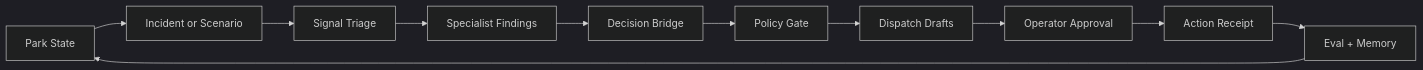
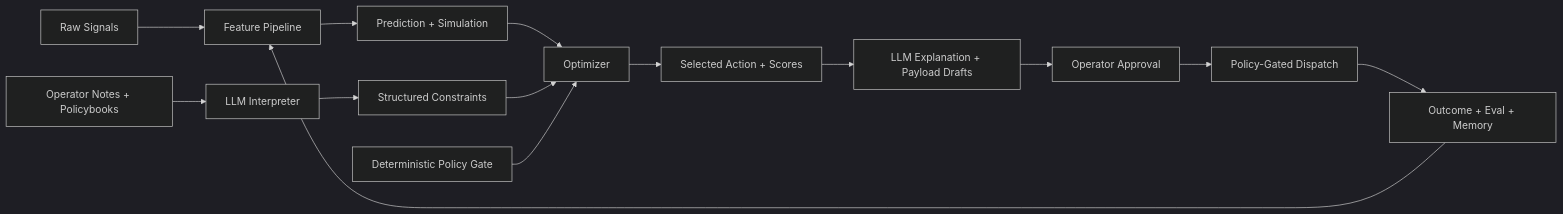
One commit to yylatNEU/google-hackathon-y26 changed the diagram in docs/mvp-architecture-extraction.md. Above: the diagram before and after it, drawn with Mermaid (dark theme). The commit also changed other lines of this file and 42 other files, not shown here.

````diff
--- a/docs/mvp-architecture-extraction.md
+++ b/docs/mvp-architecture-extraction.md
@@ -40,13 +41,16 @@
 ```mermaid
 flowchart LR
-    A[Park State] --> B[Incident or Scenario]
-    B --> C[Signal Triage]
-    C --> D[Specialist Findings]
-    D --> E[Decision Bridge]
-    E --> F[Policy Gate]
-    F --> G[Dispatch Drafts]
-    G --> H[Operator Approval]
-    H --> I[Action Receipt]
-    I --> J[Eval + Memory]
-    J --> A
+    A[Raw Signals] --> B[Feature Pipeline]
+    B --> C[Prediction + Simulation]
+    C --> D[Optimizer]
+    E[Operator Notes + Policybooks] --> F[LLM Interpreter]
+    F --> G[Structured Constraints]
+    G --> D
+    H[Deterministic Policy Gate] --> D
+    D --> I[Selected Action + Scores]
+    I --> J[LLM Explanation + Payload Drafts]
+    J --> K[Operator Approval]
+    K --> L[Policy-Gated Dispatch]
+    L --> M[Outcome + Eval + Memory]
+    M --> B
 ```
````
